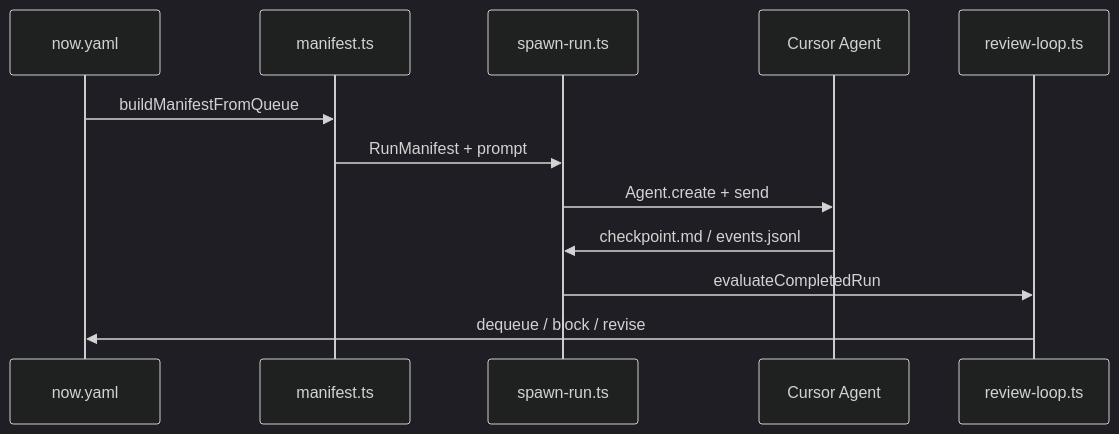
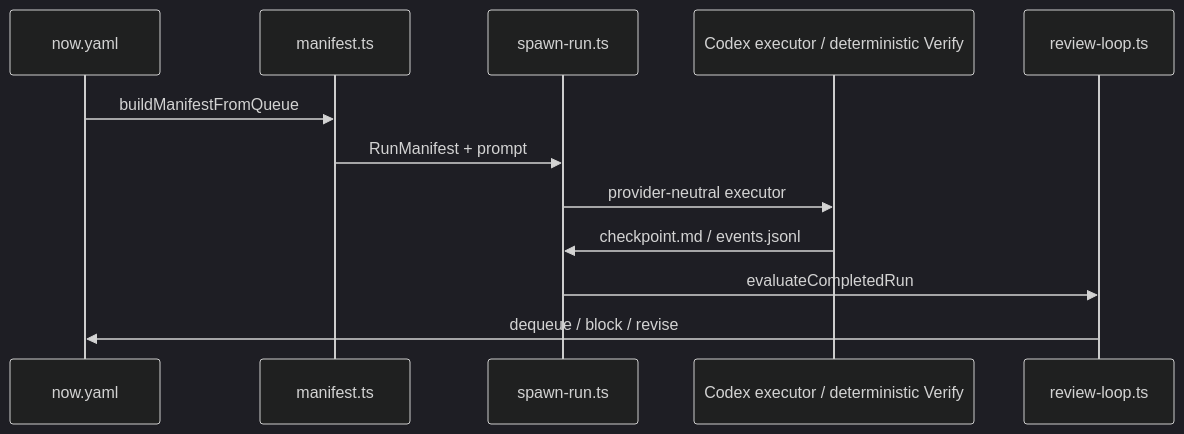
Before and after one commit to FranklinNexus/Juno-Oversight: the fourth of 4 diagrams in wiki/juno-architecture.md, drawn with Mermaid (dark theme). The commit also changed other lines of this file and 213 other files, not shown here.

````diff
--- a/wiki/juno-architecture.md
+++ b/wiki/juno-architecture.md
@@ -137,14 +139,14 @@
 ```mermaid
 sequenceDiagram
   participant Q as now.yaml
   participant M as manifest.ts
   participant S as spawn-run.ts
-  participant A as Cursor Agent
+  participant A as Codex executor / deterministic Verify
   participant R as review-loop.ts
   Q->>M: buildManifestFromQueue
   M->>S: RunManifest + prompt
-  S->>A: Agent.create + send
+  S->>A: provider-neutral executor
   A->>S: checkpoint.md / events.jsonl
   S->>R: evaluateCompletedRun
   R->>Q: dequeue / block / revise
 ```
````
